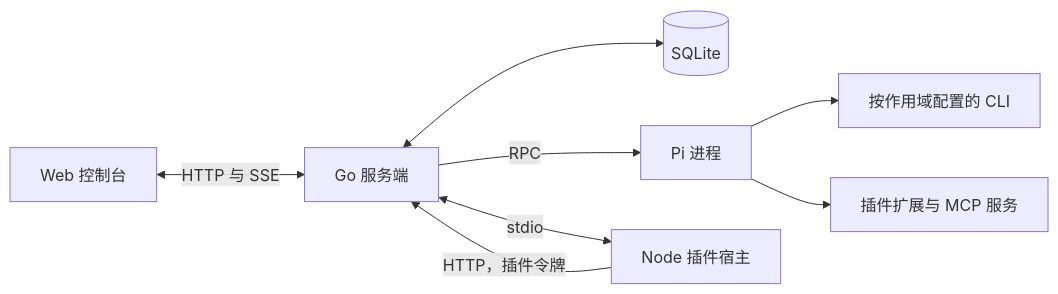
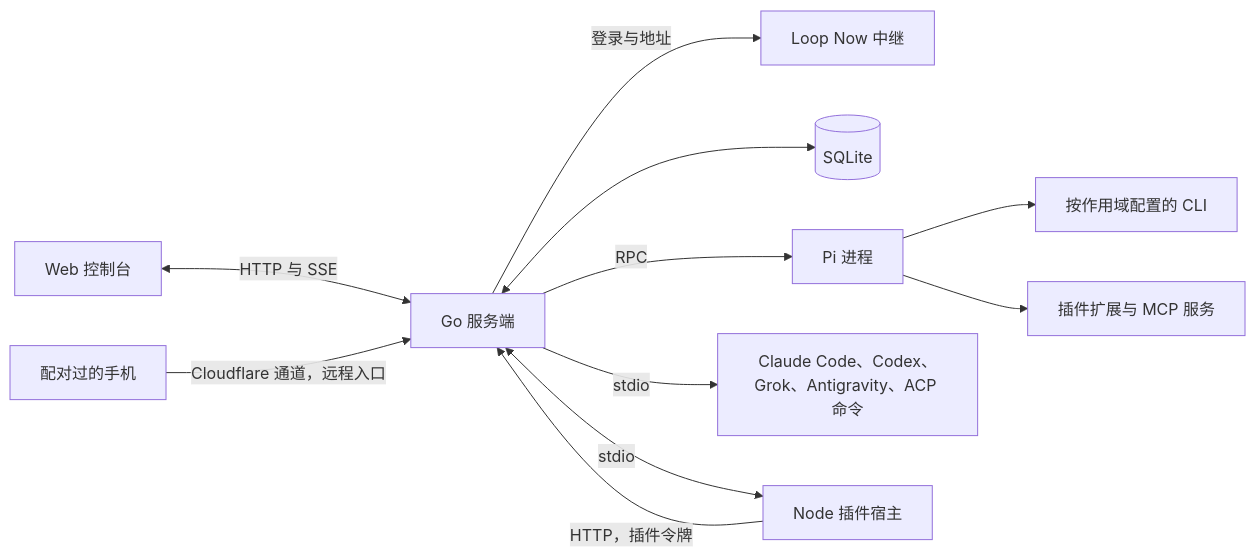
The diagram in README.zh-CN.md (AI-for-anyone/loop-now), drawn with Mermaid before and after one commit. The commit also changed other lines of this file, not shown here.

````diff
--- a/README.zh-CN.md
+++ b/README.zh-CN.md
@@ -299,10 +360,13 @@
 ```mermaid
 flowchart LR
     UI[Web 控制台] <-->|HTTP 与 SSE| Server[Go 服务端]
+    Phone[配对过的手机] -->|Cloudflare 通道，远程入口| Server
+    Server -->|登录与地址| Relay[Loop Now 中继]
     Server <--> DB[(SQLite)]
     Server -->|RPC| Pi[Pi 进程]
+    Server -->|stdio| Local[Claude Code、Codex、Grok、Antigravity、ACP 命令]
     Server <-->|stdio| Host[Node 插件宿主]
     Host -->|HTTP，插件令牌| Server
     Pi --> CLI[按作用域配置的 CLI]
     Pi --> Ext[插件扩展与 MCP 服务]
 ```
````
